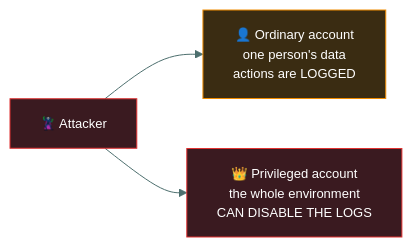
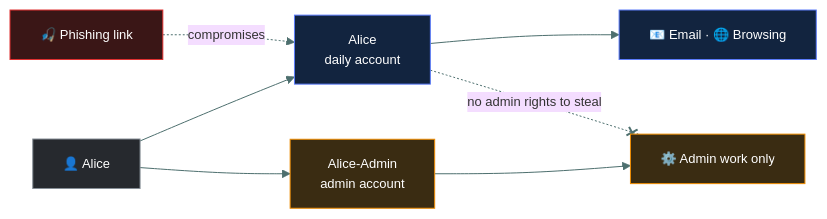
One commit to tarunTejaDesireddy/cc-exam-prep changed the third of 5 diagrams in 03-access-control/privileged-access/README.md. Above: the diagram before and after it, drawn with Mermaid. The commit also changed other lines of this file, not shown here.

Commit message:
Replace privileged access with caveman-style version, diagrams and questions

````diff
--- a/03-access-control/privileged-access/README.md
+++ b/03-access-control/privileged-access/README.md
@@ -65,10 +184,17 @@
 ```mermaid
 %%{init: {'theme':'base','themeVariables':{'fontSize':'13px','lineColor':'#4d6f6e','textColor':'#dbe7e6'}}}%%
 flowchart LR
-    A["🦹 Attacker"] --> O["👤 Ordinary account<br/>one person's data<br/>actions are LOGGED"]
-    A --> P["👑 Privileged account<br/>the whole environment<br/>CAN DISABLE THE LOGS"]
+    A["👤 Alice"] --> D["Alice<br/>daily account"]
+    A --> X["Alice-Admin<br/>admin account"]
+    D --> D1["📧 Email · 🌐 Browsing"]
+    X --> X1["⚙️ Admin work only"]
+    PH["🎣 Phishing link"] -.->|"compromises"| D
+    D -.-x|"no admin rights to steal"| X1
 
-    style A fill:#3a1a20,stroke:#E03131,color:#fff
-    style O fill:#3a2c12,stroke:#F08C00,color:#fff
-    style P fill:#3a1a20,stroke:#E03131,color:#fff
+    style A fill:#26292e,stroke:#868E96,color:#fff
+    style D fill:#12243f,stroke:#5C7CFA,color:#fff
+    style X fill:#3a2c12,stroke:#F08C00,color:#fff
+    style D1 fill:#12243f,stroke:#5C7CFA,color:#fff
+    style X1 fill:#3a2c12,stroke:#F08C00,color:#fff
+    style PH fill:#3a1616,stroke:#E03131,color:#fff
 ```
````
